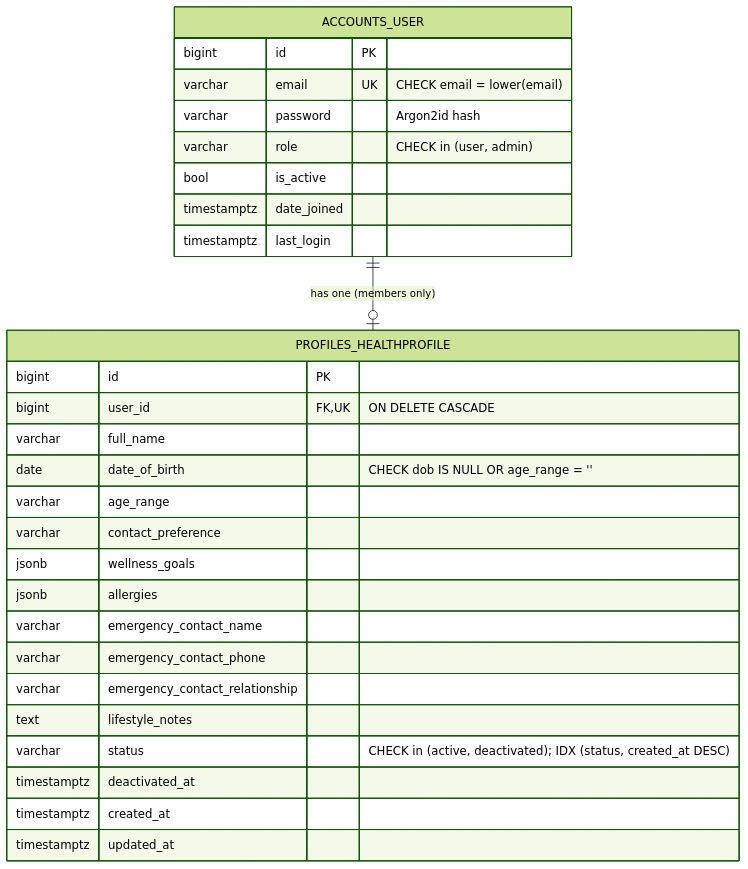
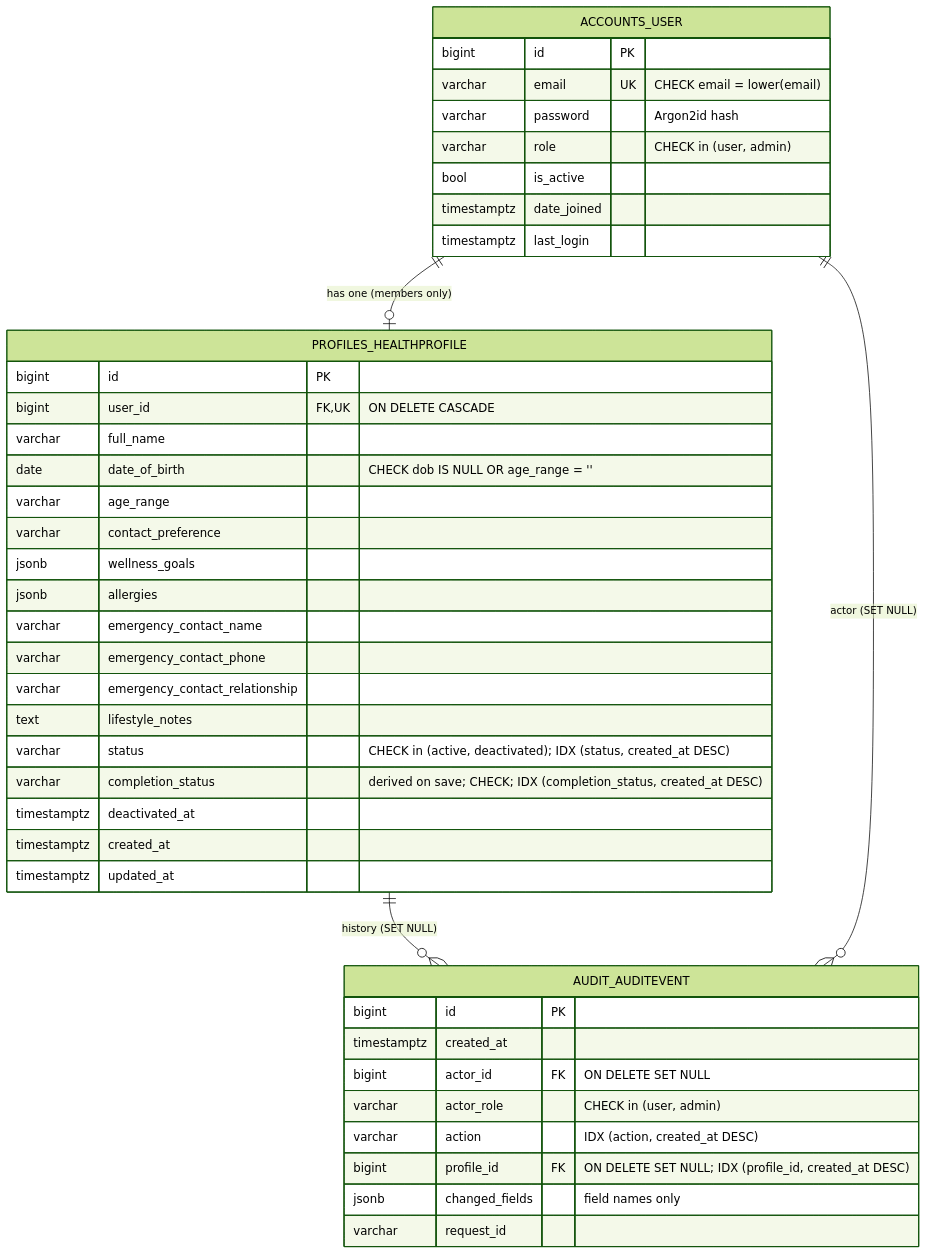
One commit to Amna903/internship changed the second of 2 diagrams in week2/docs/ARCHITECTURE.md. Above: the diagram before and after it, drawn with Mermaid (forest theme). The commit also changed other lines of this file and 12 other files, not shown here.

First line of the commit message:
feat(week2): completion bar, admin completion filter and audit trail UI; docs and EXPLAIN evidence

````diff
--- a/week2/docs/ARCHITECTURE.md
+++ b/week2/docs/ARCHITECTURE.md
@@ -77,31 +77,44 @@
 ```mermaid
 erDiagram
   ACCOUNTS_USER ||--o| PROFILES_HEALTHPROFILE : "has one (members only)"
+  PROFILES_HEALTHPROFILE ||--o{ AUDIT_AUDITEVENT : "history (SET NULL)"
+  ACCOUNTS_USER ||--o{ AUDIT_AUDITEVENT : "actor (SET NULL)"
   ACCOUNTS_USER {
     bigint id PK
     varchar email UK "CHECK email = lower(email)"
     varchar password "Argon2id hash"
     varchar role "CHECK in (user, admin)"
     bool is_active
     timestamptz date_joined
     timestamptz last_login
   }
   PROFILES_HEALTHPROFILE {
     bigint id PK
     bigint user_id FK,UK "ON DELETE CASCADE"
     varchar full_name
     date date_of_birth "CHECK dob IS NULL OR age_range = ''"
     varchar age_range
     varchar contact_preference
     jsonb wellness_goals
     jsonb allergies
     varchar emergency_contact_name
     varchar emergency_contact_phone
     varchar emergency_contact_relationship
     text lifestyle_notes
     varchar status "CHECK in (active, deactivated); IDX (status, created_at DESC)"
+    varchar completion_status "derived on save; CHECK; IDX (completion_status, created_at DESC)"
     timestamptz deactivated_at
     timestamptz created_at
     timestamptz updated_at
   }
+  AUDIT_AUDITEVENT {
+    bigint id PK
+    timestamptz created_at
+    bigint actor_id FK "ON DELETE SET NULL"
+    varchar actor_role "CHECK in (user, admin)"
+    varchar action "IDX (action, created_at DESC)"
+    bigint profile_id FK "ON DELETE SET NULL; IDX (profile_id, created_at DESC)"
+    jsonb changed_fields "field names only"
+    varchar request_id
+  }
 ```
````
